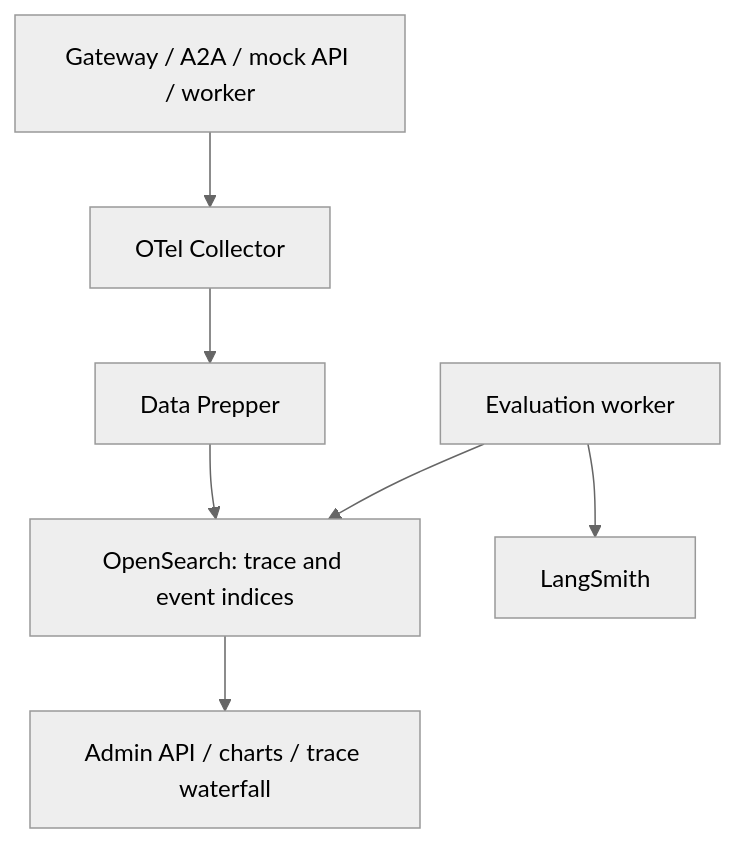
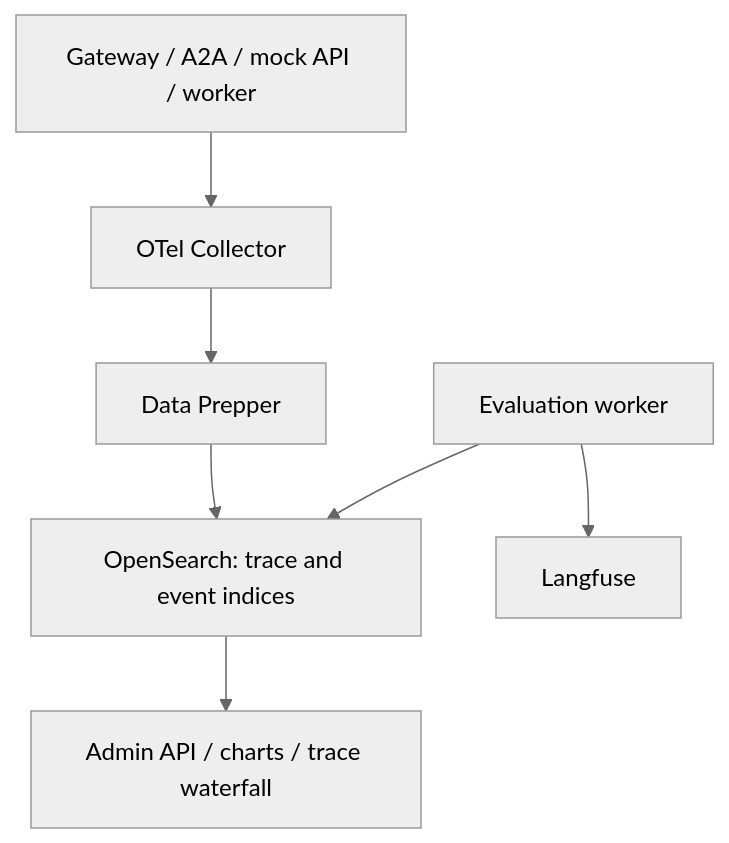
One commit to akilicarslan/Referral-Easy changed the second of 2 diagrams in ReferralEasy_Architecture_v3_EN.md. Above: the diagram before and after it, drawn with Mermaid (neutral theme). The commit also changed other lines of this file and 91 other files, not shown here.

````diff
--- a/ReferralEasy_Architecture_v3_EN.md
+++ b/ReferralEasy_Architecture_v3_EN.md
@@ -182,9 +182,9 @@
 ```mermaid
 flowchart TD
     Apps["Gateway / A2A / mock API / worker"] --> Collector["OTel Collector"]
     Collector --> Prepper["Data Prepper"]
     Prepper --> OS["OpenSearch: trace and event indices"]
     OS --> Admin["Admin API / charts / trace waterfall"]
     Eval["Evaluation worker"] --> OS
-    Eval --> Smith["LangSmith"]
+    Eval --> Smith["Langfuse"]
 ```
````
